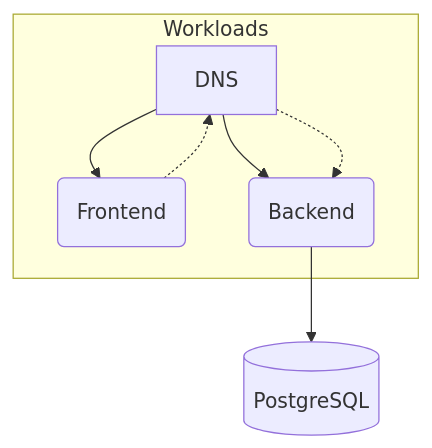
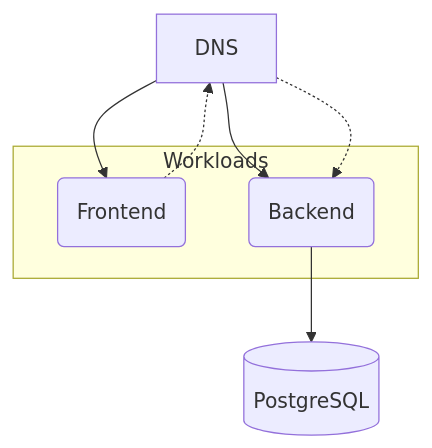
One commit to score-spec/docs changed the diagram in content/en/docs/examples/frontend-and-backend.md. Above: the diagram before and after it, drawn with Mermaid.

````diff
--- a/content/en/docs/examples/frontend-and-backend.md
+++ b/content/en/docs/examples/frontend-and-backend.md
@@ -12,10 +12,12 @@
 ```mermaid
 flowchart TD
     dns[DNS] --> frontend-workload(Frontend)
     dns[DNS] --> backend-workload(Backend)
     subgraph Workloads
-        frontend-workload -.-> dns
-        dns -.-> backend-workload
+        frontend-workload
+        backend-workload
     end
+    frontend-workload -.-> dns
+    dns -.-> backend-workload
     backend-workload-->postgres[(PostgreSQL)]
 ```
````
